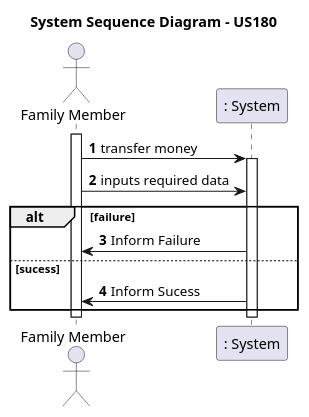
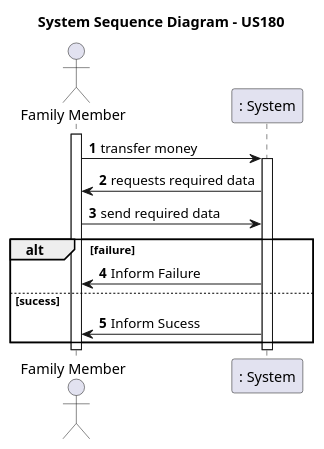
The first of 6 diagrams in docs/sprint2/user_stories/US180_TransferMoneyFamilyMemberToFamilyMember.md (tomas-osswald/switch_2020_g3), drawn with PlantUML before and after one commit. The commit also changed other lines of this file and 2 other files, not shown here.

Commit message:
update diagrams

````diff
--- a/docs/sprint2/user_stories/US180_TransferMoneyFamilyMemberToFamilyMember.md
+++ b/docs/sprint2/user_stories/US180_TransferMoneyFamilyMemberToFamilyMember.md
@@ -18,24 +18,23 @@
 ```puml
 autonumber
 title System Sequence Diagram - US180
 
 actor "Family Member" as familyMember
 participant ": System" as system
 
 activate familyMember
 familyMember-> system : transfer money
 activate system
-familyMember -> system : inputs required data
-
+system -> familyMember: requests required data
+familyMember-> system : send required data
 alt failure
-system -> familyMember : Inform Failure
-
+system -> familyMember: Inform Failure
 else sucess
 system -> familyMember : Inform Sucess
 
 end
 
 deactivate system
 
 deactivate familyMember
 ```
````
